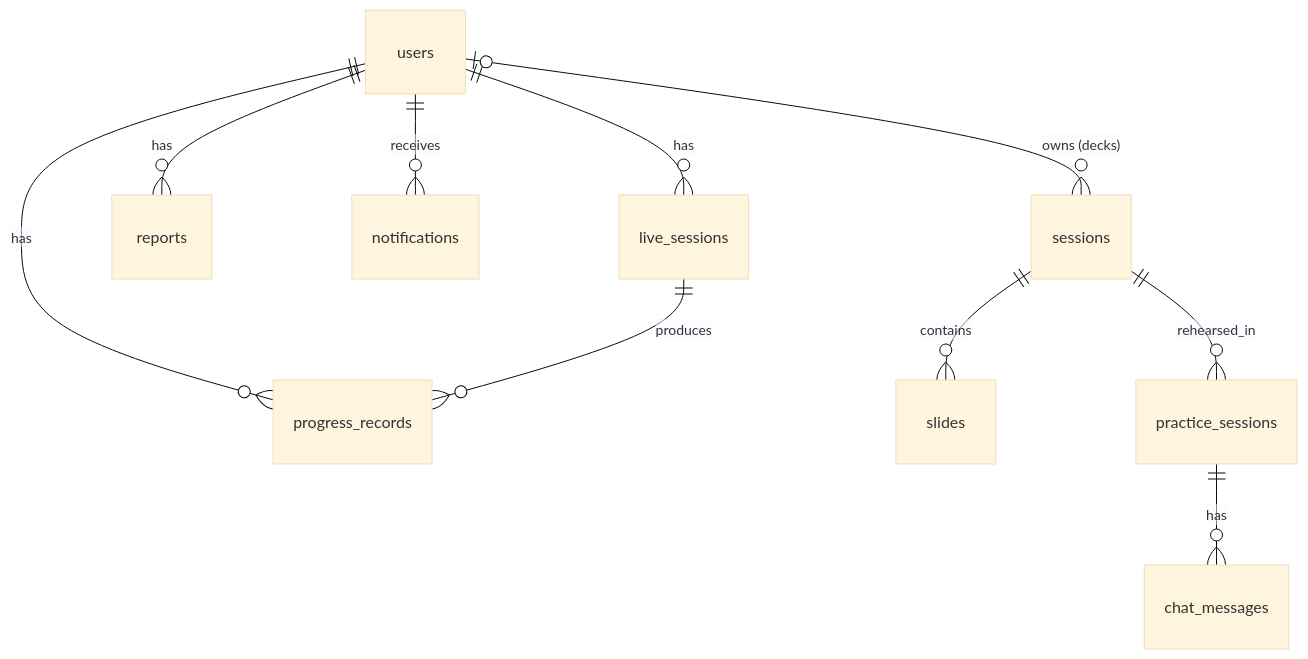
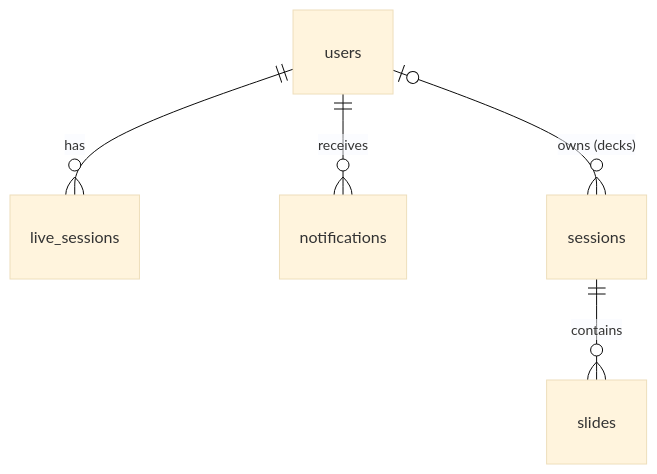
The diagram in docs/project/Database.md (Porhao/SpeechMate), drawn with Mermaid (base theme) before and after one commit. The commit also changed other lines of this file and 147 other files, not shown here.

````diff
--- a/docs/project/Database.md
+++ b/docs/project/Database.md
@@ -7,12 +7,7 @@
 ```mermaid
 erDiagram
   users ||--o{ live_sessions : has
-  users ||--o{ progress_records : has
-  users ||--o{ reports : has
   users ||--o{ notifications : receives
   users |o--o{ sessions : "owns (decks)"
-  live_sessions ||--o{ progress_records : produces
   sessions ||--o{ slides : contains
-  sessions ||--o{ practice_sessions : rehearsed_in
-  practice_sessions ||--o{ chat_messages : has
 ```
````
